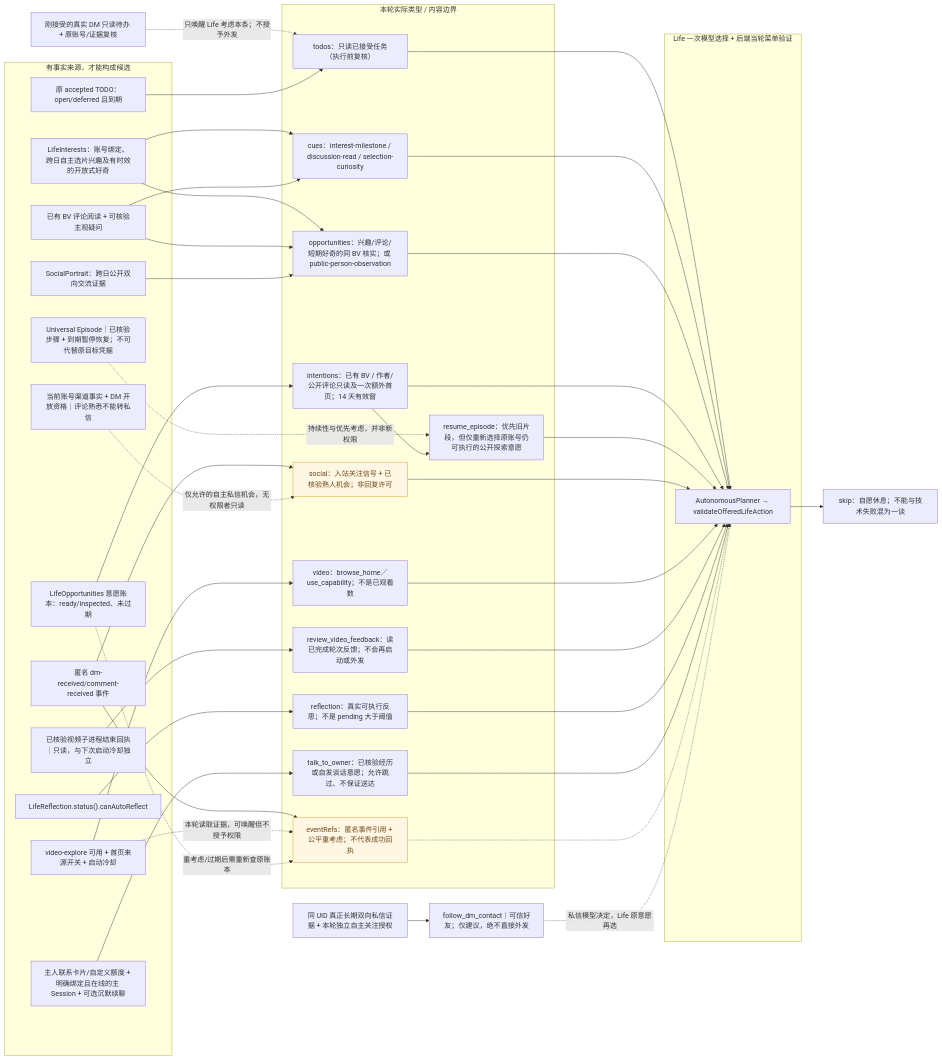
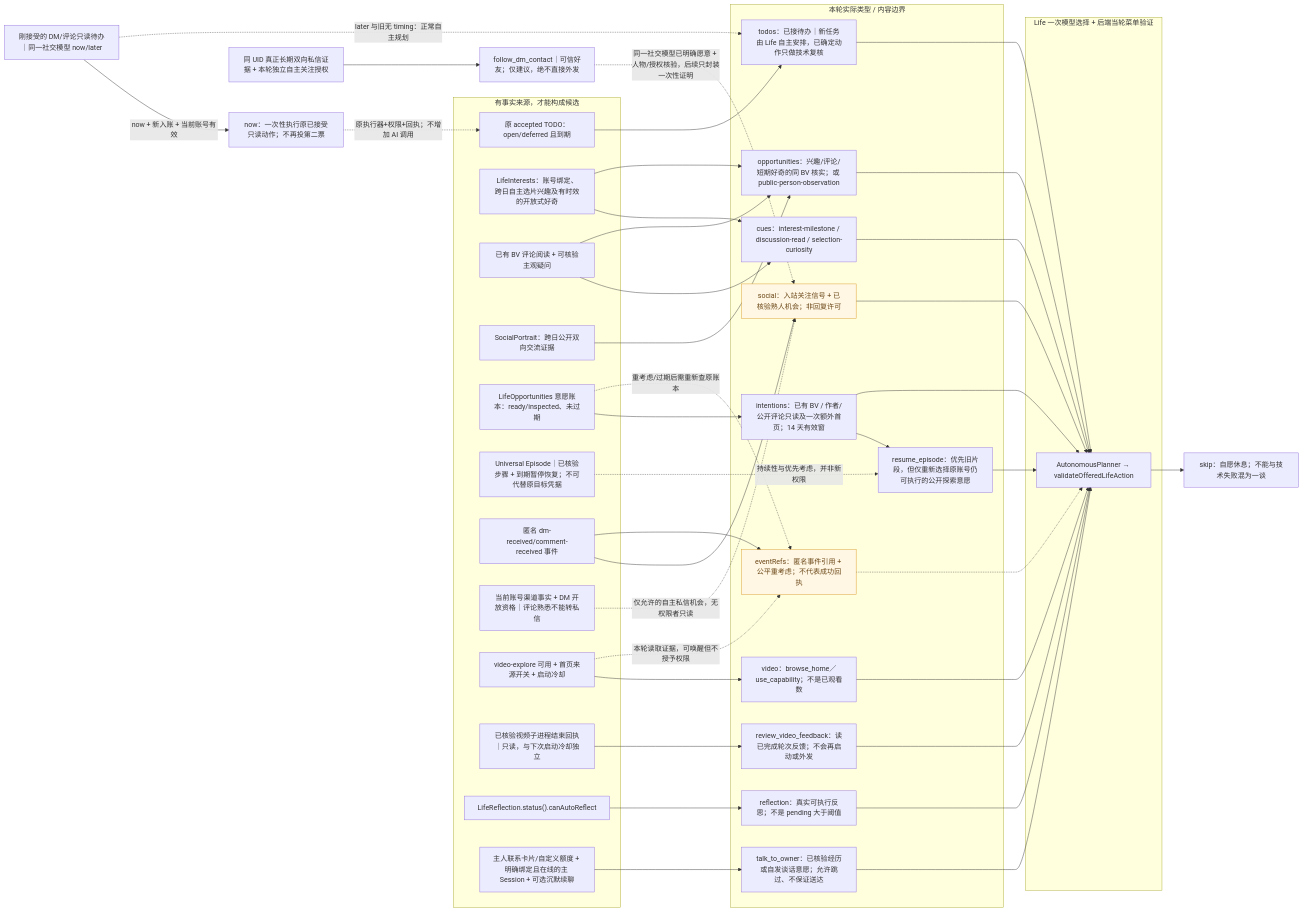
The diagram in docs/architecture/diagrams/life-candidates-current.mmd (minedalang/dsh-dafeiyu-life), drawn with Mermaid before and after one commit. The commit also changed 26 other files, not shown here.

```diff
--- a/docs/architecture/diagrams/life-candidates-current.mmd
+++ b/docs/architecture/diagrams/life-candidates-current.mmd
@@ -1,114 +1,118 @@
 %% dev.74：关系按自然熟悉度/渠道证据/DM Openness 三维分离，只有私人关系才可能授权发起。
 %% dev.73：普通自主 Life 最短间隔不再由 2 分钟经验/片段续接绕过；真实入站社交独立快唤醒。
 %% 管理页只读并列展示线索、契机与待办；Life 已批准不等于平台送达，待回执不能标为中断。
 %% dev.71：继承 dev.70 动态核验恢复与可见 Life 额度；Life 授权证明消费/结算按 dev.71 账本契约执行。
 %% 生活候选细目字典：这是当前项目的真实 schema 类型/选择约束，不是泛化的 AI 心理推演。
 flowchart LR
   subgraph inputs["有事实来源，才能构成候选"]
     sourceTodo["原 accepted TODO：open/deferred 且到期"]
     sourceInterest["LifeInterests：账号绑定、跨日自主选片兴趣及有时效的开放式好奇"]
     sourceDiscussion["已有 BV 评论阅读 + 可核验主观疑问"]
     sourcePerson["SocialPortrait：跨日公开双向交流证据"]
     sourceLife["LifeOpportunities 意愿账本：ready/inspected、未过期"]
     episodeState["Universal Episode｜已核验步骤 + 到期暂停恢复；不可代替原目标凭据"]
     sourceSocial["匿名 dm-received/comment-received 事件"]
     privateBound["当前账号渠道事实 + DM 开放资格｜评论熟悉不能转私信"]
     sourceVideo["video-explore 可用 + 首页来源开关 + 启动冷却"]
     sourceVideoFeedback["已核验视频子进程结束回执｜只读，与下次启动冷却独立"]
     sourceReflect["LifeReflection.status().canAutoReflect"]
     sourceOwner["主人联系卡片/自定义额度 + 明确绑定且在线的主 Session + 可选沉默续聊"]
   end
   subgraph candidates["本轮实际类型 / 内容边界"]
-    todos["todos：只读已接受任务（执行前复核）"]
+    todos["todos：已接待办｜新任务由 Life 自主安排，已确定动作只做技术复核"]
     cues["cues：interest-milestone / discussion-read / selection-curiosity"]
     opportunities["opportunities：兴趣/评论/短期好奇的同 BV 核实；或 public-person-observation"]
     intentions["intentions：已有 BV / 作者/公开评论只读及一次额外首页；14 天有效窗"]
     resume["resume_episode：优先旧片段，但仅重新选择原账号仍可执行的公开探索意愿"]
     social["social：入站关注信号 + 已核验熟人机会；非回复许可"]
     video["video：browse_home／use_capability；不是已观看数"]
     reviewFeedback["review_video_feedback：读已完成轮次反馈；不会再启动或外发"]
     reflection["reflection：真实可执行反思；不是 pending 大于阈值"]
     ownerChat["talk_to_owner：已核验经历或自发谈话意愿；允许跳过、不保证送达"]
     eventRefs["eventRefs：匿名事件引用 + 公平重考虑；不代表成功回执"]
   end
-  acceptedDm["刚接受的真实 DM 只读待办 + 原账号/证据复核"]
-  acceptedDm -.->|只唤醒 Life 考虑本条；不授予外发| todos
+  acceptedDm["刚接受的 DM/评论只读待办｜同一社交模型 now/later"]
+  acceptedNow["now：一次性执行原已接受只读动作；不再投第二票"]
+  acceptedDm -->|now + 新入账 + 当前账号有效| acceptedNow
+  acceptedDm -.->|later 与旧无 timing：正常自主规划| todos
+  acceptedNow -.->|原执行器+权限+回执；不增加 AI 调用| sourceTodo
   sourceTodo --> todos
   sourceInterest --> cues
   sourceDiscussion --> cues
   sourceInterest --> opportunities
   sourceDiscussion --> opportunities
   sourcePerson --> opportunities
   sourceLife --> intentions
   episodeState -.->|持续性与优先考虑，并非新权限| resume
   intentions --> resume
   sourceSocial --> social
   privateBound -.->|仅允许的自主私信机会，无权限者只读| social
   sourceVideo --> video
   sourceVideoFeedback --> reviewFeedback
   sourceReflect --> reflection
   sourceOwner --> ownerChat
   sourceSocial --> eventRefs
   sourceVideo -.->|本轮读取证据，可唤醒但不授予权限| eventRefs
   sourceLife -.->|重考虑/过期后需重新查原账本| eventRefs
   subgraph choice["Life 一次模型选择 + 后端当轮菜单验证"]
     planner["AutonomousPlanner → validateOfferedLifeAction"]
   end
   todos --> planner
   cues --> planner
   opportunities --> planner
   intentions --> planner
   resume --> planner
   social --> planner
   video --> planner
   reviewFeedback --> planner
   reflection --> planner
   ownerChat --> planner
   eventRefs -.-> planner
   rest["skip：自愿休息；不能与技术失败混为一谈"]
   planner --> rest
   classDef partial fill:#fff7e4,stroke:#d99727,color:#6b4717
   class social,eventRefs partial
 
-%% @code acceptedDm | lib/autonomous-planner.mjs | const acceptedWake=
+%% @code acceptedDm | lib/social-todo-intake.mjs | export function intakeAiReadProposals
+%% @code acceptedNow | lib/autonomous-planner.mjs | const executeAcceptedSocialRead=
 %% @code todos | lib/owner-todos.mjs | export const READ_TODO_TYPES
 %% @code cues | lib/life-opportunities.mjs | const explorationCues=
 %% @code opportunities | lib/life-opportunities.mjs | export function deriveDiscussionOpportunities
 %% @code intentions | lib/life-opportunities.mjs | const intentions=
 %% @code social | lib/life-agent-events.mjs | const TYPES=new Set
 %% @code video | lib/autonomous-planner.mjs | if(homeEnabled&&lifeSkills.some
 %% @code reflection | lib/life-reflection.mjs | canAutoReflect
 %% @code eventRefs | lib/life-agent-events.mjs | export const lifeEventDebugRef
 %% @code planner | lib/autonomous-planner.mjs | export function validateOfferedLifeAction
 
 %% dev.68：独立评论 Agent 不再用隐藏的陌生人模型考虑次数挡住 Life 自主交流；
 %% 这里的匿名社交提醒仍不是回复发送许可，真实评论回执和外发额度由原执行器核验。
 
 %% dev.33 maintenance: selection-curiosity from account-tagged verified selected BV only;
 %% no free-form title search, no automatic outbound approval.
 
 %% dev.35: Episode 的写入不是默认终点；需实际只读或主动休息 + 冷却后才能再写，仍无新权限。
 
 %% @code episodeState | lib/life-universal-episodes.mjs | const view=e=>
 %% @code resume | lib/autonomous-planner.mjs | action:'resume_episode'
 
 %% @code resume | lib/life-episode-entrypoints.mjs | export function prioritizeLifeContinuationCandidates
 
 %% @code reviewFeedback | lib/autonomous-planner.mjs | action:'review_video_feedback'
 
 %% dev.38：以下私信跟进动作由私信 Agent 自主提议，不能在顶层直接凭 UID 触发。
 dmHistory["同 UID 真正长期双向私信证据 + 本轮独立自主关注授权"]
 dmFollowCandidate["follow_dm_contact｜可信好友；仅建议，绝不直接外发"]
 dmHistory --> dmFollowCandidate
-dmFollowCandidate -.->|私信模型决定，Life 原意愿再选| planner
+dmFollowCandidate -.->|同一社交模型已明确愿意 + 人物/授权核验，后续只封装一次性证明| social
 %% @code dmHistory | lib/life-subagent-continuity.mjs | export function dmContactFollowCandidates
 %% @code dmFollowCandidate | lib/life-subagent-continuity.mjs | action:'follow_dm_contact'
 
 %% dev.42: Life-selected owner contact is opt-in and not delivery-confirmed.
 %% @code sourceOwner | lib/main-session-bridge.mjs | const ownerChatReadiness=
 %% @code ownerChat | lib/autonomous-planner.mjs | action:'talk_to_owner'
 
 %% dev.44 shared owner contact settings and silence consideration.
 %% @code sourceOwner | lib/main-session-bridge.mjs | const ownerChatReadiness=
 
 %% @code privateBound | lib/social-relationship-channels.mjs | export function evaluateDmOpenness
```
